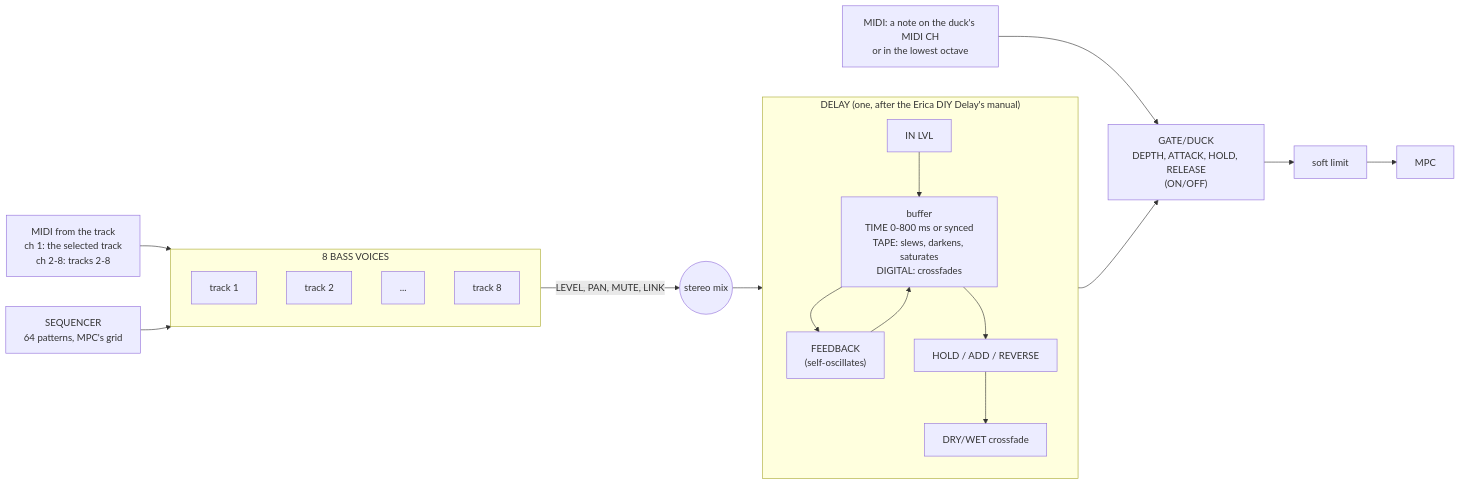
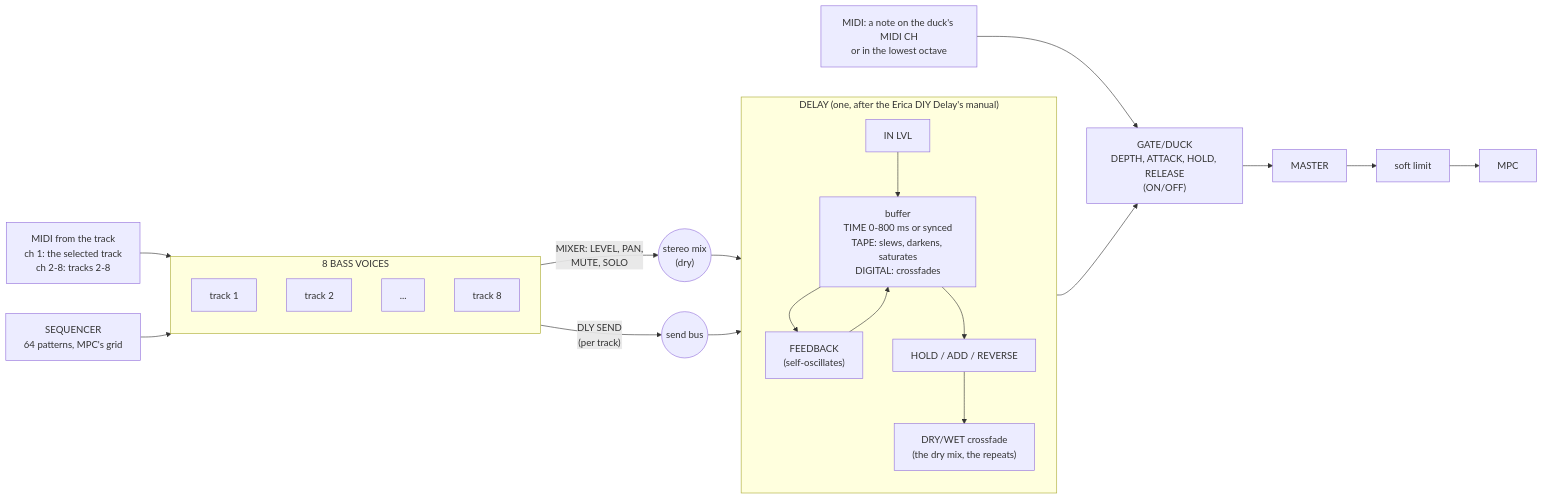
One commit to sunskiefer/LXRXXL-BAZZLINE changed the third of 3 diagrams in docs/VOICE_MAP.md. Above: the diagram before and after it, drawn with Mermaid. The commit also changed other lines of this file and 32 other files, not shown here.

````diff
--- a/docs/VOICE_MAP.md
+++ b/docs/VOICE_MAP.md
@@ -87,20 +87,22 @@
 ```mermaid
 flowchart LR
   MIDI["MIDI from the track<br/>ch 1: the selected track<br/>ch 2-8: tracks 2-8"] --> V
   SEQ["SEQUENCER<br/>64 patterns, MPC's grid"] --> V
   subgraph V["8 BASS VOICES"]
     direction TB
     T1["track 1"] & T2["track 2"] & T3["..."] & T8["track 8"]
   end
-  V -- "LEVEL, PAN, MUTE, LINK" --> SUM(("stereo mix"))
-  SUM --> DLY
+  V -- "MIXER: LEVEL, PAN,<br/>MUTE, SOLO" --> SUM(("stereo mix<br/>(dry)"))
+  V -- "DLY SEND<br/>(per track)" --> SEND(("send bus"))
+  SEND --> DLY
   subgraph DLY["DELAY (one, after the Erica DIY Delay's manual)"]
     direction TB
     IN["IN LVL"] --> BUF["buffer<br/>TIME 0-800 ms or synced<br/>TAPE: slews, darkens, saturates<br/>DIGITAL: crossfades"] --> FB["FEEDBACK<br/>(self-oscillates)"] --> BUF
     BUF --> HOLD["HOLD / ADD / REVERSE"]
-    HOLD --> XF["DRY/WET crossfade"]
+    HOLD --> XF["DRY/WET crossfade<br/>(the dry mix, the repeats)"]
   end
+  SUM --> XF
   DLY --> GD
   TRIG["MIDI: a note on the duck's MIDI CH<br/>or in the lowest octave"] --> GD
-  GD["GATE/DUCK<br/>DEPTH, ATTACK, HOLD, RELEASE<br/>(ON/OFF)"] --> LIM["soft limit"] --> OUT["MPC"]
+  GD["GATE/DUCK<br/>DEPTH, ATTACK, HOLD, RELEASE<br/>(ON/OFF)"] --> MASTER["MASTER"] --> LIM["soft limit"] --> OUT["MPC"]
 ```
````
